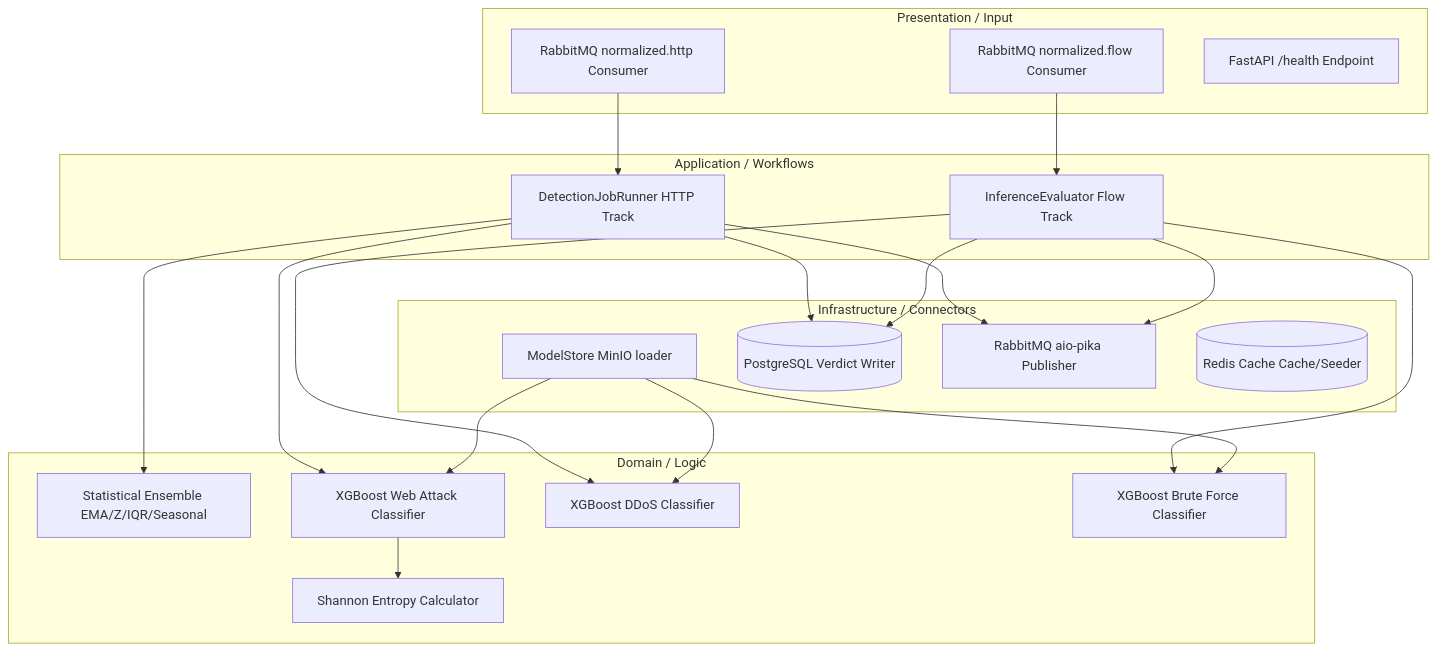
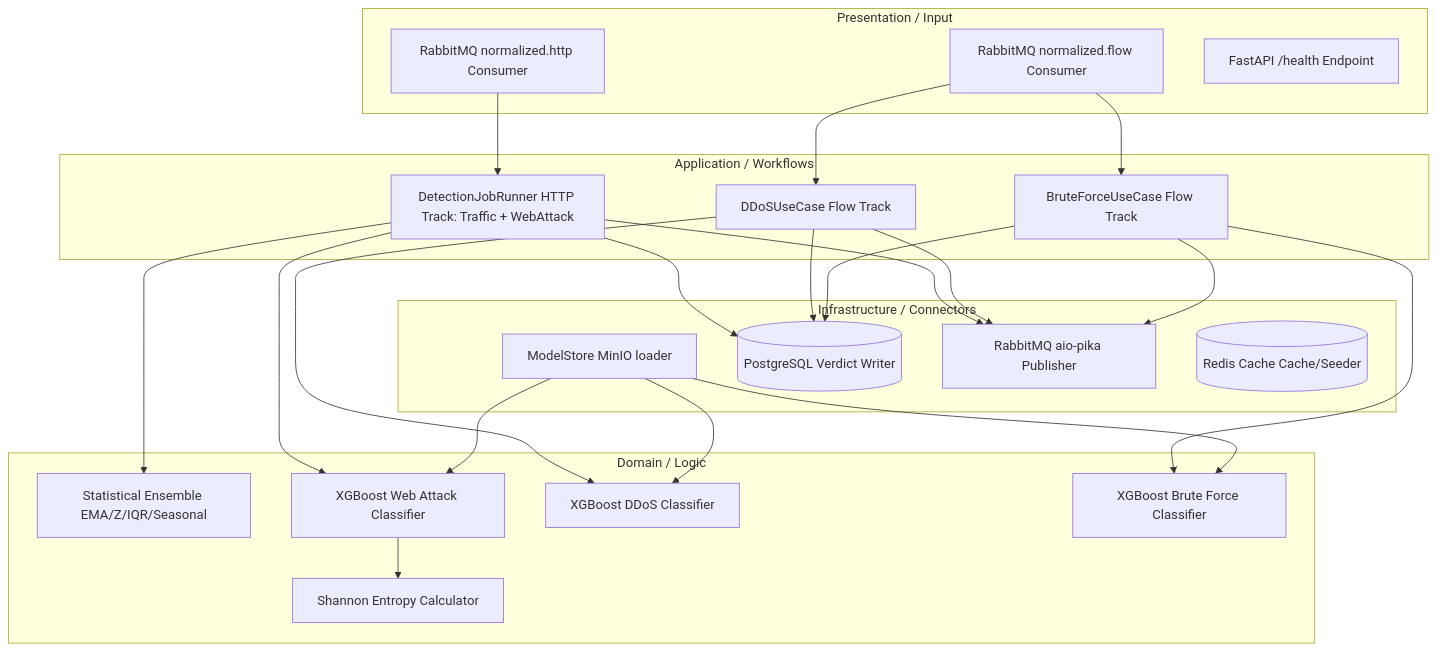
One commit to nvh12/log-analyzer changed the diagram in docs/LogAnalysisService.md. Above: the diagram before and after it, drawn with Mermaid. The commit also changed other lines of this file and 45 other files, not shown here.

Commit message:
Update test, docs and web attack comparison notebook

````diff
--- a/docs/LogAnalysisService.md
+++ b/docs/LogAnalysisService.md
@@ -16,43 +16,47 @@
 ```mermaid
 graph TD
     subgraph Presentation / Input
         HttpConsumer[RabbitMQ normalized.http Consumer]
         FlowConsumer[RabbitMQ normalized.flow Consumer]
         HealthController[FastAPI /health Endpoint]
     end
 
     subgraph Application / Workflows
-        Runner[DetectionJobRunner HTTP Track]
-        Evaluator[InferenceEvaluator Flow Track]
+        Runner[DetectionJobRunner HTTP Track: Traffic + WebAttack]
+        DDoSUC[DDoSUseCase Flow Track]
+        BruteUC[BruteForceUseCase Flow Track]
     end
 
     subgraph Domain / Logic
         Ensemble[Statistical Ensemble EMA/Z/IQR/Seasonal]
         XGBWeb[XGBoost Web Attack Classifier]
         XGBDDoS[XGBoost DDoS Classifier]
         XGBBrute[XGBoost Brute Force Classifier]
         Entropy[Shannon Entropy Calculator]
     end
 
     subgraph Infrastructure / Connectors
         ModelStore[ModelStore MinIO loader]
         Postgres[(PostgreSQL Verdict Writer)]
         Publisher[RabbitMQ aio-pika Publisher]
         Redis[(Redis Cache Cache/Seeder)]
     end
 
     HttpConsumer --> Runner
-    FlowConsumer --> Evaluator
+    FlowConsumer --> DDoSUC
+    FlowConsumer --> BruteUC
     Runner --> Ensemble
     Runner --> XGBWeb
     XGBWeb --> Entropy
-    Evaluator --> XGBDDoS
-    Evaluator --> XGBBrute
+    DDoSUC --> XGBDDoS
+    BruteUC --> XGBBrute
     ModelStore --> XGBWeb
     ModelStore --> XGBDDoS
     ModelStore --> XGBBrute
     Runner --> Postgres
-    Evaluator --> Postgres
+    DDoSUC --> Postgres
+    BruteUC --> Postgres
     Runner --> Publisher
-    Evaluator --> Publisher
+    DDoSUC --> Publisher
+    BruteUC --> Publisher
 ```
````
